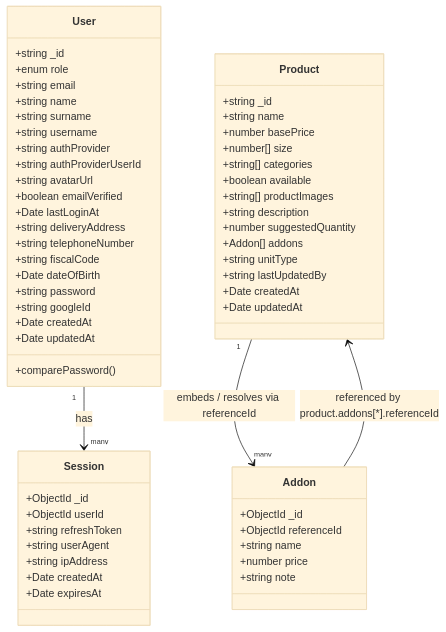
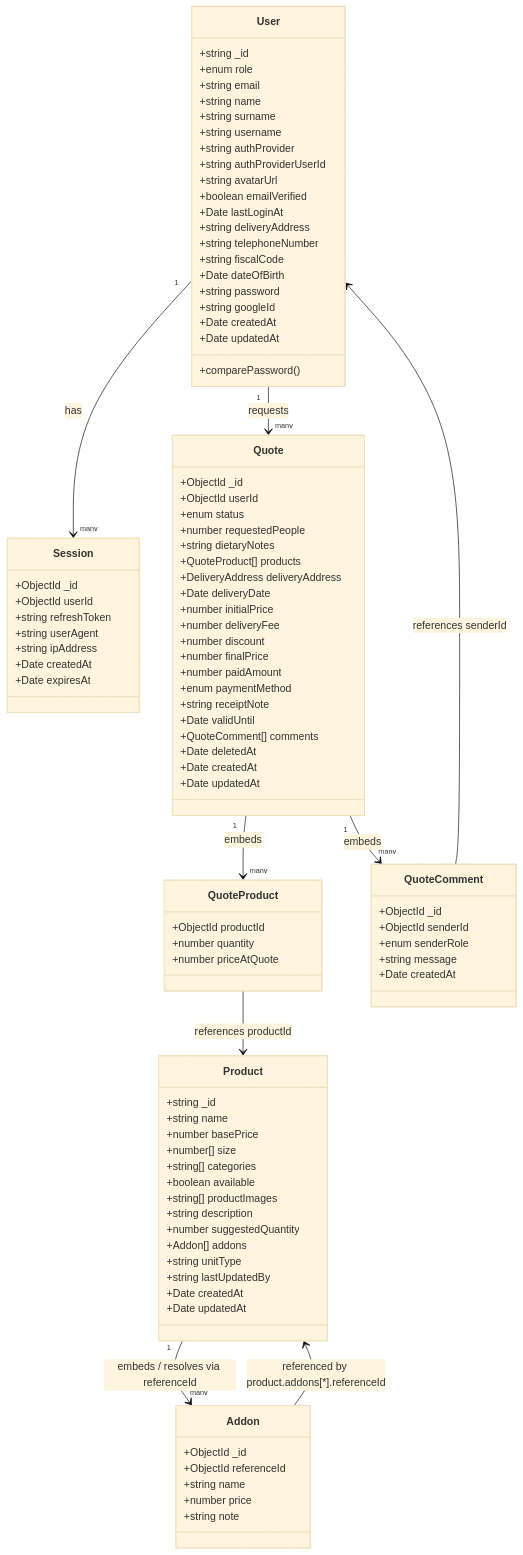
One commit to dimolf345/rusticone-api changed the diagram in models-map.md. Above: the diagram before and after it, drawn with Mermaid (base theme). The commit also changed other lines of this file and 15 other files, not shown here.

````diff
--- a/models-map.md
+++ b/models-map.md
@@ -64,7 +64,49 @@
         +string note
     }
 
+    class Quote {
+        +ObjectId _id
+        +ObjectId userId
+        +enum status
+        +number requestedPeople
+        +string dietaryNotes
+        +QuoteProduct[] products
+        +DeliveryAddress deliveryAddress
+        +Date deliveryDate
+        +number initialPrice
+        +number deliveryFee
+        +number discount
+        +number finalPrice
+        +number paidAmount
+        +enum paymentMethod
+        +string receiptNote
+        +Date validUntil
+        +QuoteComment[] comments
+        +Date deletedAt
+        +Date createdAt
+        +Date updatedAt
+    }
+
+    class QuoteProduct {
+        +ObjectId productId
+        +number quantity
+        +number priceAtQuote
+    }
+
+    class QuoteComment {
+        +ObjectId _id
+        +ObjectId senderId
+        +enum senderRole
+        +string message
+        +Date createdAt
+    }
+
     User "1" --> "many" Session : has
     Product "1" --> "many" Addon : embeds / resolves via referenceId
     Addon --> Product : referenced by product.addons[*].referenceId
+    User "1" --> "many" Quote : requests
+    Quote "1" --> "many" QuoteProduct : embeds
+    Quote "1" --> "many" QuoteComment : embeds
+    QuoteProduct --> Product : references productId
+    QuoteComment --> User : references senderId
 ```
````
